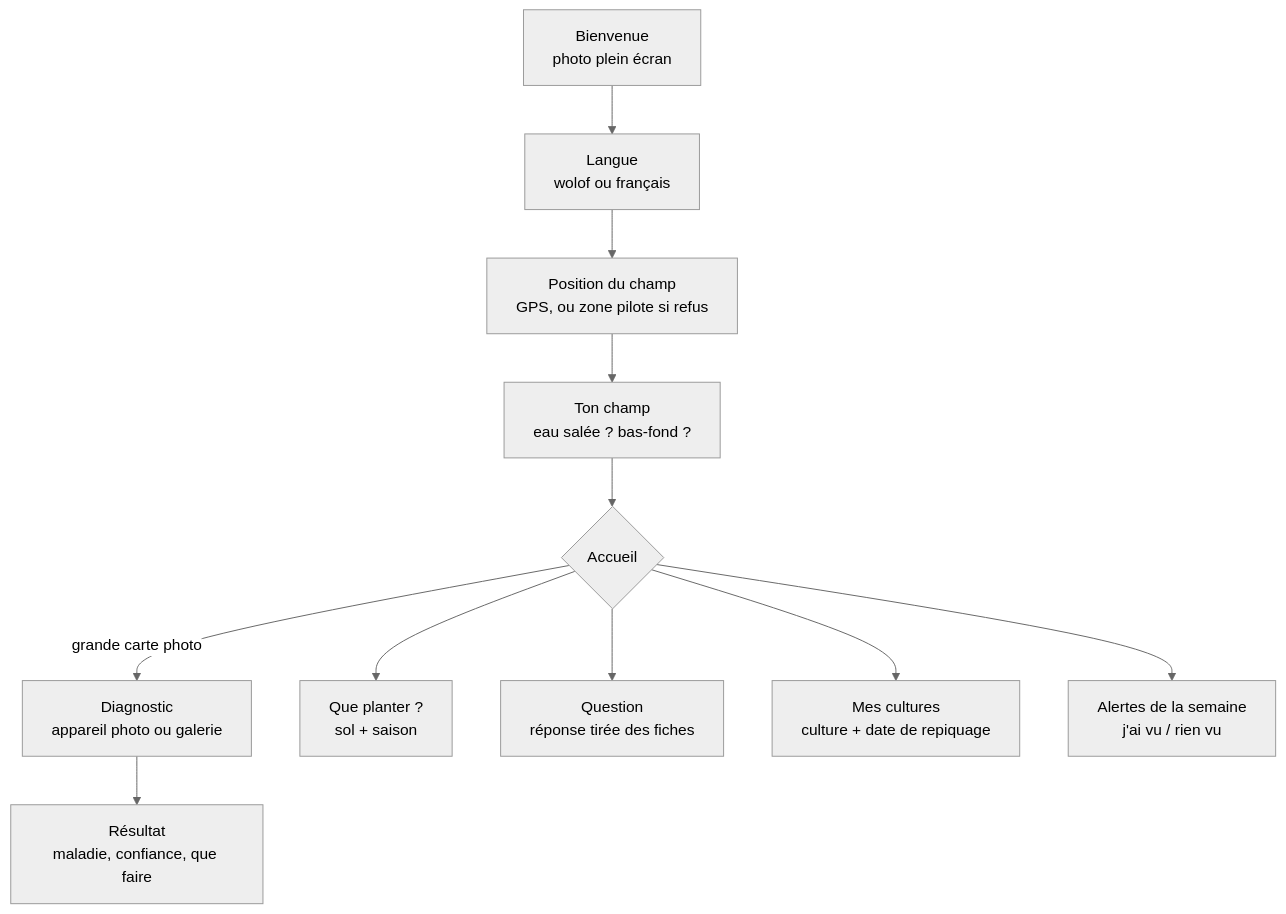
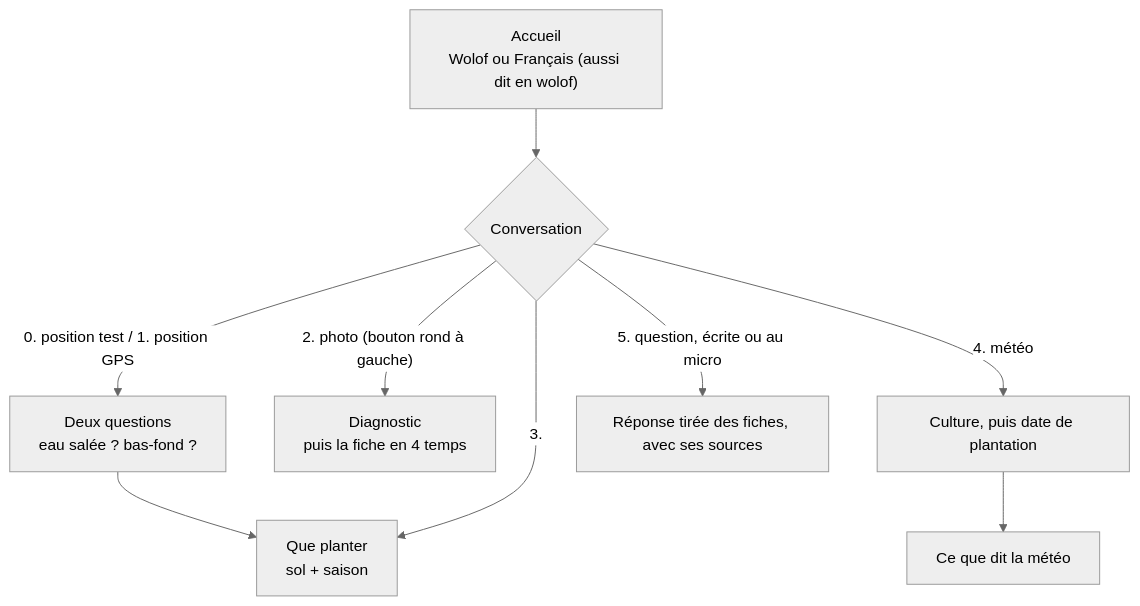
Before and after one commit to Oscar-AS/Terramind: the diagram in channels/mobile/README.md, drawn with Mermaid (neutral theme). The commit also changed other lines of this file and 23 other files, not shown here.

````diff
--- a/channels/mobile/README.md
+++ b/channels/mobile/README.md
@@ -57,13 +49,9 @@
 ```mermaid
 flowchart TD
-    B["Bienvenue<br/>photo plein écran"] --> L["Langue<br/>wolof ou français"]
-    L --> P["Position du champ<br/>GPS, ou zone pilote si refus"]
-    P --> C["Ton champ<br/>eau salée ? bas-fond ?"]
-    C --> A{"Accueil"}
-    A -->|"grande carte photo"| D["Diagnostic<br/>appareil photo ou galerie"]
-    D --> R["Résultat<br/>maladie, confiance, que faire"]
-    A --> PL["Que planter ?<br/>sol + saison"]
-    A --> Q["Question<br/>réponse tirée des fiches"]
-    A --> MC["Mes cultures<br/>culture + date de repiquage"]
-    A --> AL["Alertes de la semaine<br/>j'ai vu / rien vu"]
+    L["Accueil<br/>Wolof ou Français (aussi dit en wolof)"] --> C{"Conversation"}
+    C -->|"0. position test / 1. position GPS"| Q["Deux questions<br/>eau salée ? bas-fond ?"] --> P["Que planter<br/>sol + saison"]
+    C -->|"2. photo (bouton rond à gauche)"| D["Diagnostic<br/>puis la fiche en 4 temps"]
+    C -->|"3."| P
+    C -->|"4. météo"| CU["Culture, puis date de plantation"] --> A["Ce que dit la météo"]
+    C -->|"5. question, écrite ou au micro"| R["Réponse tirée des fiches, avec ses sources"]
 ```
````
